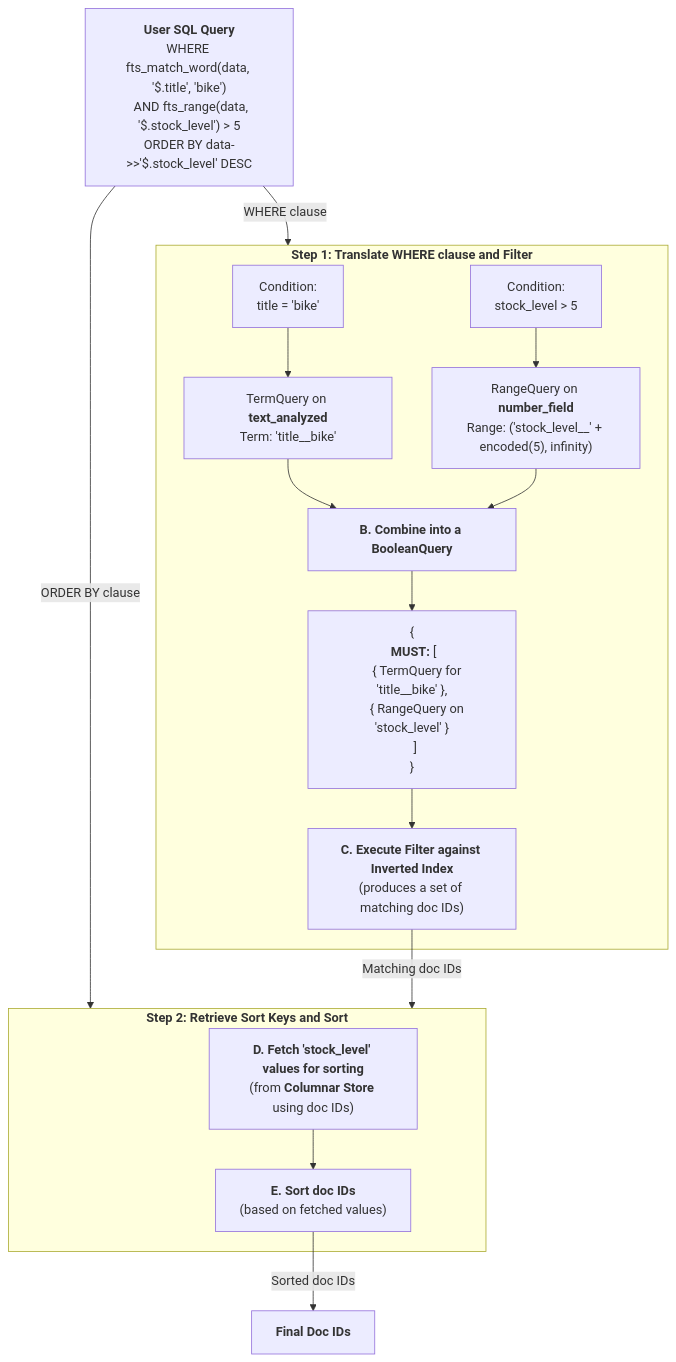
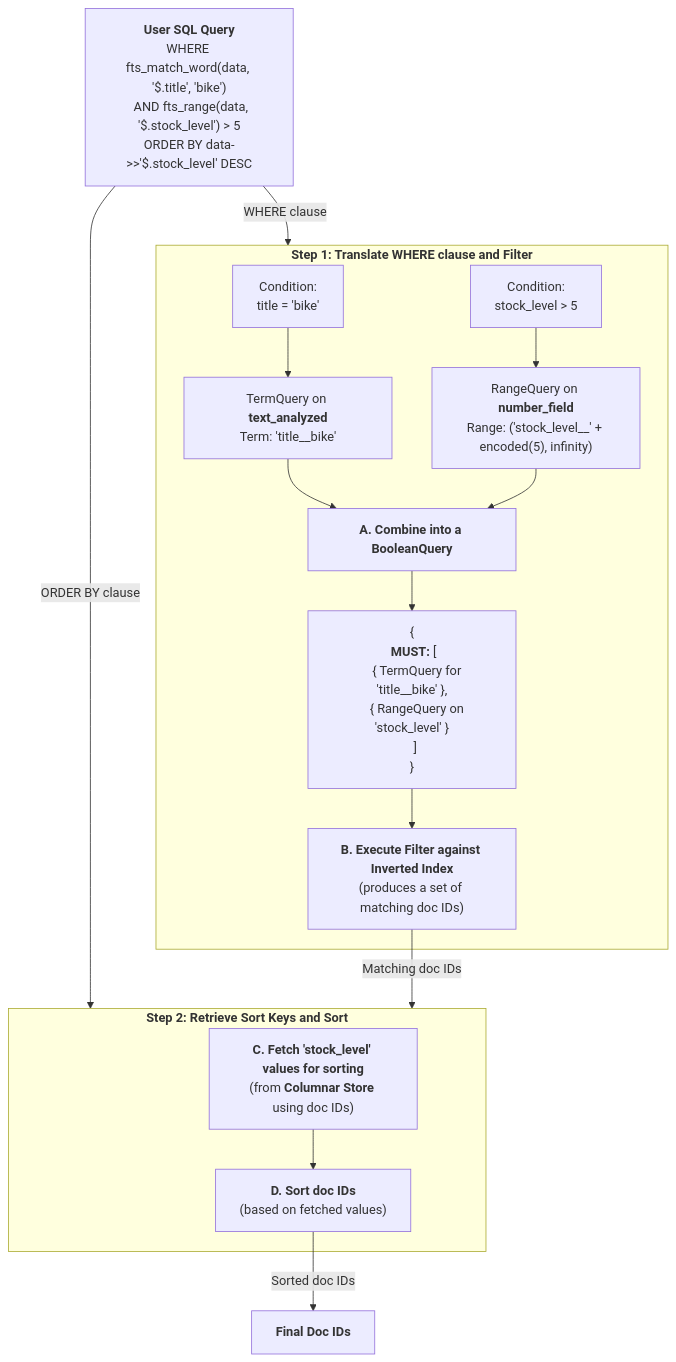
Before and after one commit to kolafish/tantivy: the second of 3 diagrams in TiCI_JSON_Support_Proposal.md, drawn with Mermaid. The commit also changed other lines of this file, not shown here.

````diff
--- a/TiCI_JSON_Support_Proposal.md
+++ b/TiCI_JSON_Support_Proposal.md
@@ -185,29 +185,29 @@
 ```mermaid
 graph TD
-    A["<b>User SQL Query</b><br/>WHERE fts_match_word(data, '$.title', 'bike')<br/>  AND fts_range(data, '$.stock_level') > 5<br/>ORDER BY data->>'$.stock_level' DESC"]
+    A_Query["<b>User SQL Query</b><br/>WHERE fts_match_word(data, '$.title', 'bike')<br/>  AND fts_range(data, '$.stock_level') > 5<br/>ORDER BY data->>'$.stock_level' DESC"]
 
-    A -- "WHERE clause" --> Step1_Subgraph
-    A -- "ORDER BY clause" --> Step2_Subgraph
+    A_Query -- "WHERE clause" --> Step1_Subgraph
+    A_Query -- "ORDER BY clause" --> Step2_Subgraph
 
     subgraph Step1_Subgraph ["<b>Step 1: Translate WHERE clause and Filter</b>"]
-        C["Condition:<br/>title = 'bike'"] --> C_Out["TermQuery on <b>text_analyzed</b><br/>Term: 'title__bike'"]
-        D["Condition:<br/>stock_level > 5"] --> D_Out["RangeQuery on <b>number_field</b><br/>Range: ('stock_level__' + encoded(5), infinity)"]
+        A["Condition:<br/>title = 'bike'"] --> A_Out["TermQuery on <b>text_analyzed</b><br/>Term: 'title__bike'"]
+        B["Condition:<br/>stock_level > 5"] --> B_Out["RangeQuery on <b>number_field</b><br/>Range: ('stock_level__' + encoded(5), infinity)"]
         
-        C_Out --> G["<b>B. Combine into a BooleanQuery</b>"]
-        D_Out --> G
+        A_Out --> C["<b>A. Combine into a BooleanQuery</b>"]
+        B_Out --> C
 
-        G --> H["{<br/>&nbsp;&nbsp;<b>MUST:</b> [ <br/>&nbsp;&nbsp;&nbsp;&nbsp;{ TermQuery for 'title__bike' },<br/>&nbsp;&nbsp;&nbsp;&nbsp;{ RangeQuery on 'stock_level' }<br/>&nbsp;&nbsp;]<br/>}"]
+        C --> D["{<br/>&nbsp;&nbsp;<b>MUST:</b> [ <br/>&nbsp;&nbsp;&nbsp;&nbsp;{ TermQuery for 'title__bike' },<br/>&nbsp;&nbsp;&nbsp;&nbsp;{ RangeQuery on 'stock_level' }<br/>&nbsp;&nbsp;]<br/>}"]
         
-        H --> I["<b>C. Execute Filter against Inverted Index</b><br/>(produces a set of matching doc IDs)"]
+        D --> E["<b>B. Execute Filter against Inverted Index</b><br/>(produces a set of matching doc IDs)"]
     end
 
-    I -- "Matching doc IDs" --> Step2_Subgraph
+    E -- "Matching doc IDs" --> Step2_Subgraph
 
     subgraph Step2_Subgraph ["<b>Step 2: Retrieve Sort Keys and Sort</b>"]
-        K["<b>D. Fetch 'stock_level' values for sorting</b><br/>(from <b>Columnar Store</b> using doc IDs)"]
-        L["<b>E. Sort doc IDs</b><br/>(based on fetched values)"]
-        K --> L
+        F["<b>C. Fetch 'stock_level' values for sorting</b><br/>(from <b>Columnar Store</b> using doc IDs)"]
+        G["<b>D. Sort doc IDs</b><br/>(based on fetched values)"]
+        F --> G
     end
 
-    L -- "Sorted doc IDs" --> J["<b>Final Doc IDs</b>"]
+    G -- "Sorted doc IDs" --> H["<b>Final Doc IDs</b>"]
 ```
````
